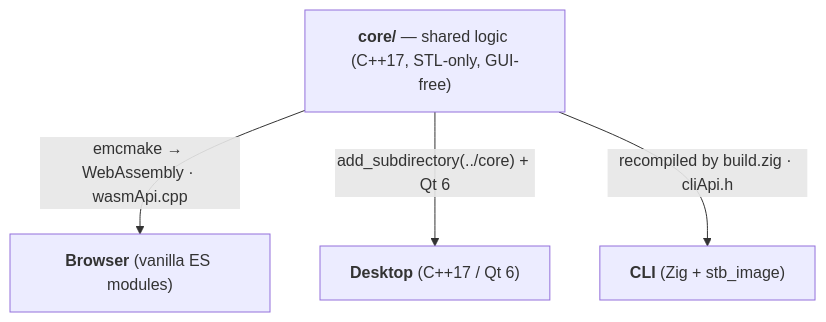
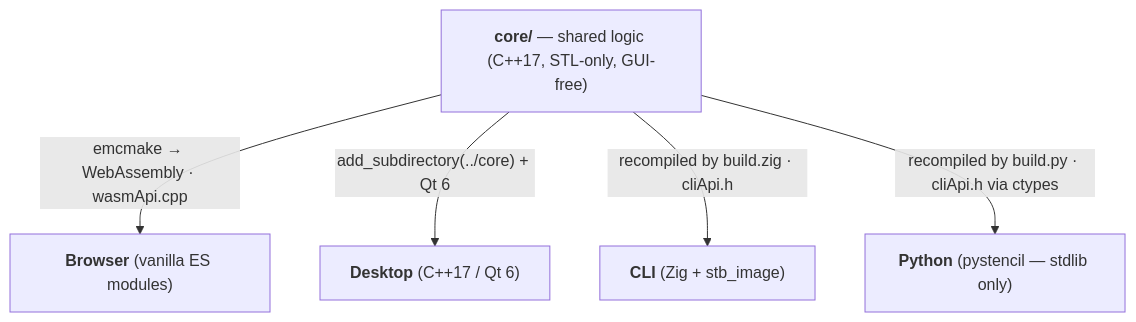
Before and after one commit to andrew1407/stencil: the diagram in core/README.md, drawn with Mermaid. The commit also changed other lines of this file and 21 other files, not shown here.

````diff
--- a/core/README.md
+++ b/core/README.md
@@ -12,7 +14,13 @@
 ```mermaid
 graph TD
     CORE["<b>core/</b> — shared logic (C++17, STL-only, GUI-free)"]
     CORE -->|"emcmake → WebAssembly · wasmApi.cpp"| WEB["<b>Browser</b> (vanilla ES modules)"]
     CORE -->|"add_subdirectory(../core) + Qt 6"| DESK["<b>Desktop</b> (C++17 / Qt 6)"]
     CORE -->|"recompiled by build.zig · cliApi.h"| CLI["<b>CLI</b> (Zig + stb_image)"]
+    CORE -->|"recompiled by build.py · cliApi.h via ctypes"| PY["<b>Python</b> (pystencil — stdlib only)"]
+
+    click WEB "../browser/README.md#architecture" "Browser app architecture"
+    click DESK "../desktop/README.md#architecture" "Desktop app architecture"
+    click CLI "../cli/README.md#architecture" "CLI architecture"
+    click PY "../pystencil/README.md#architecture" "Python package architecture"
 ```
````
